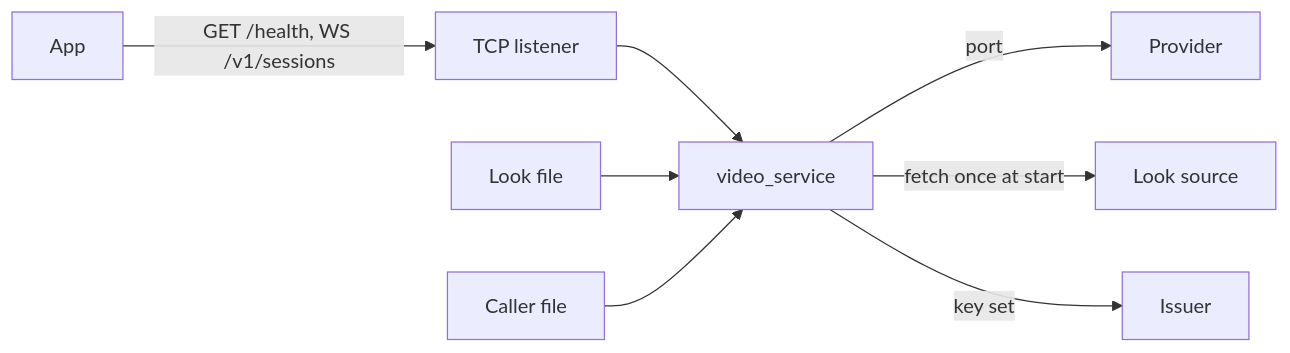
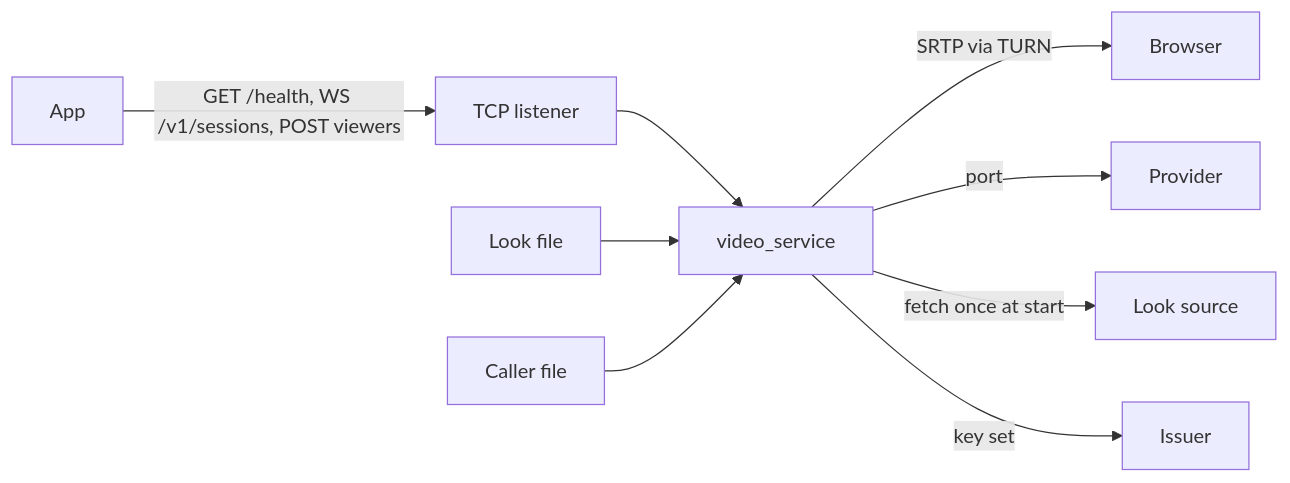
Before and after one commit to overnightworks/video: the diagram in docs/ARCHITECTURE.md, drawn with Mermaid. The commit also changed other lines of this file and 37 other files, not shown here.

````diff
--- a/docs/ARCHITECTURE.md
+++ b/docs/ARCHITECTURE.md
@@ -19,10 +19,11 @@
 ```mermaid
 flowchart LR
-    app[App] -->|GET /health, WS /v1/sessions| listener[TCP listener]
+    app[App] -->|GET /health, WS /v1/sessions, POST viewers| listener[TCP listener]
     listener --> service[video_service]
+    service -->|SRTP via TURN| viewer[Browser]
     service -->|port| provider[Provider]
     service -->|fetch once at start| source[Look source]
     service -->|key set| issuer[Issuer]
     file[Look file] --> service
     callers[Caller file] --> service
 ```
````
